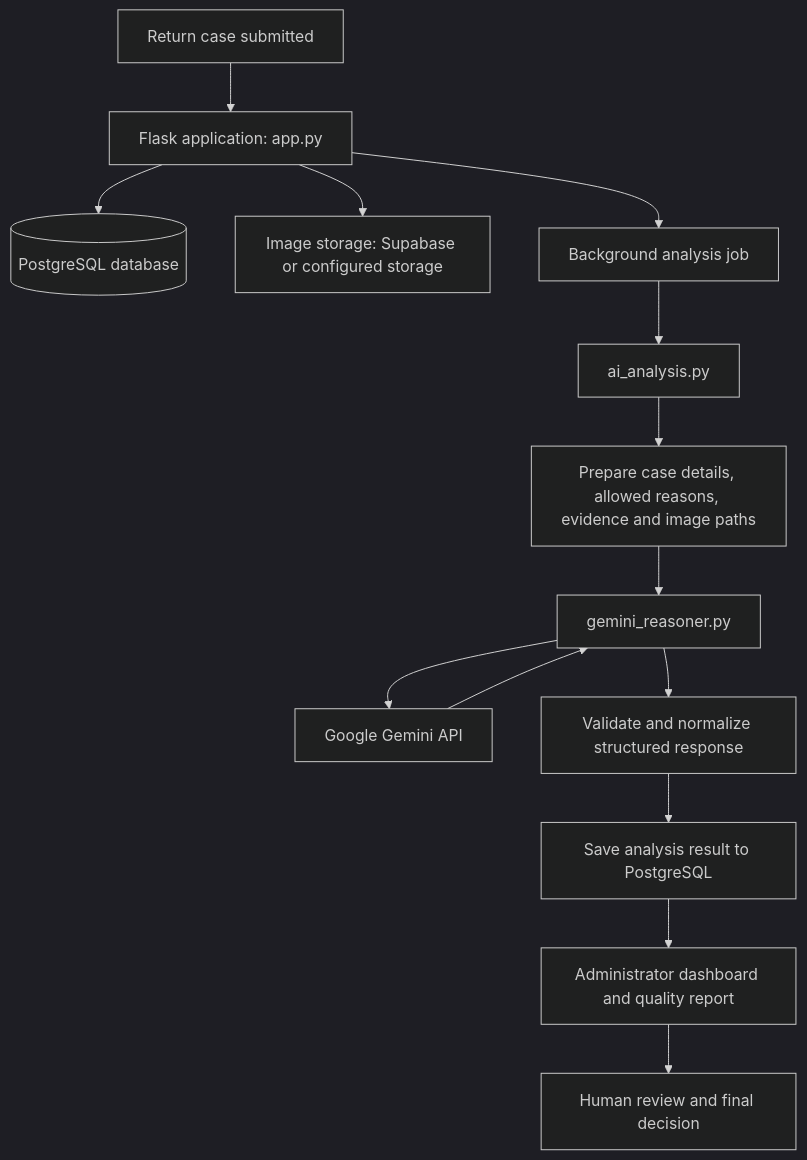
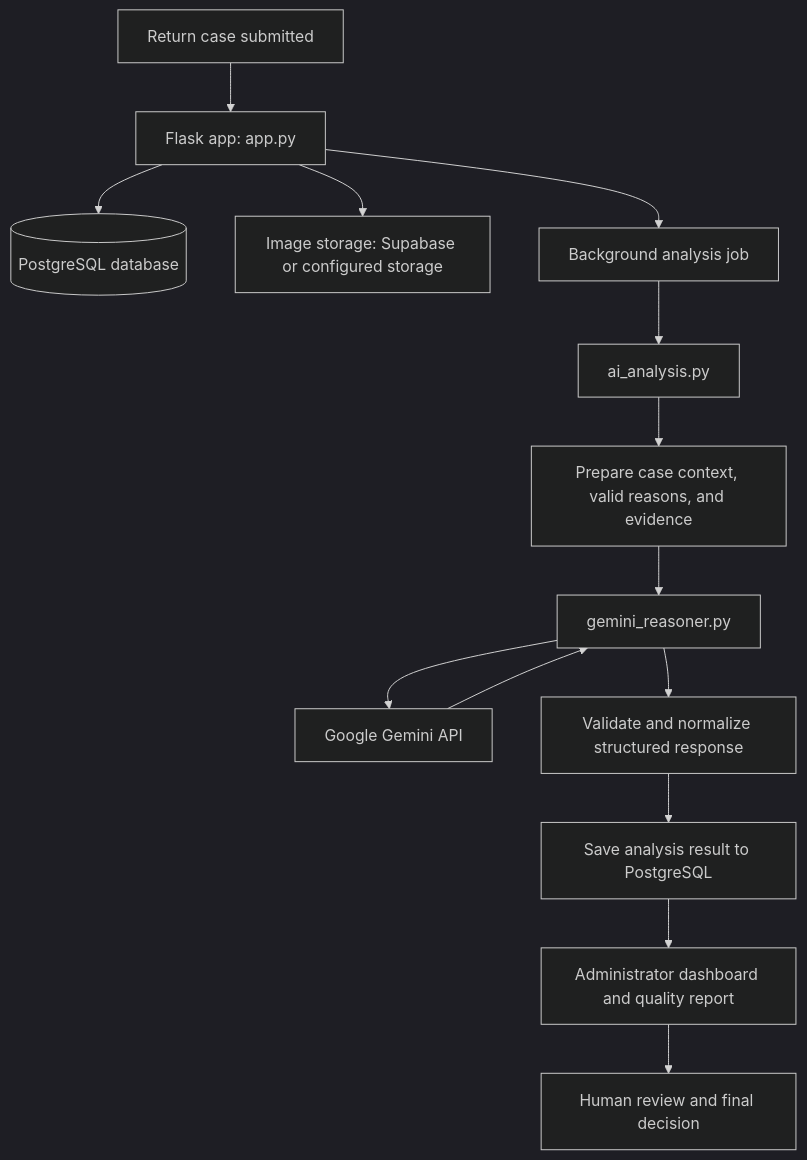
Before and after one commit to ImTusharr/return-intelligence-platform: the diagram in README.md, drawn with Mermaid (dark theme). The commit also changed other lines of this file, not shown here.

````diff
--- a/README.md
+++ b/README.md
@@ -85,16 +49,16 @@
-``` mermaid
+```mermaid
 flowchart TD
-    A[Return case submitted] --> B[Flask application: app.py]
+    A[Return case submitted] --> B[Flask app: app.py]
     B --> C[(PostgreSQL database)]
     B --> D[Image storage: Supabase or configured storage]
     B --> E[Background analysis job]
     E --> F[ai_analysis.py]
-    F --> G[Prepare case details, allowed reasons, evidence and image paths]
+    F --> G[Prepare case context, valid reasons, and evidence]
     G --> H[gemini_reasoner.py]
     H --> I[Google Gemini API]
     I --> H
     H --> J[Validate and normalize structured response]
     J --> K[Save analysis result to PostgreSQL]
     K --> L[Administrator dashboard and quality report]
     L --> M[Human review and final decision]
 ```
````
